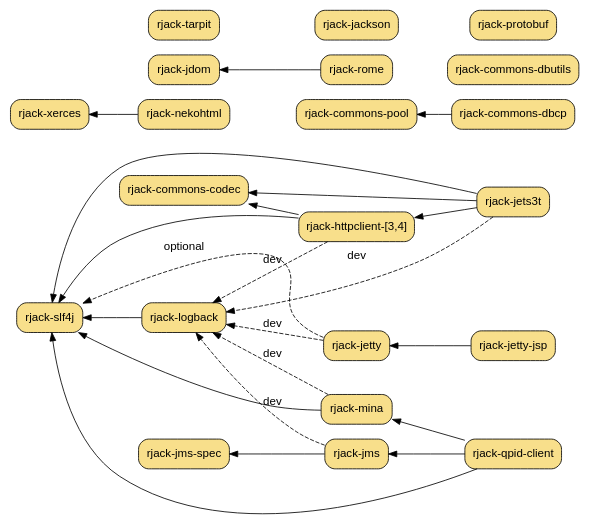
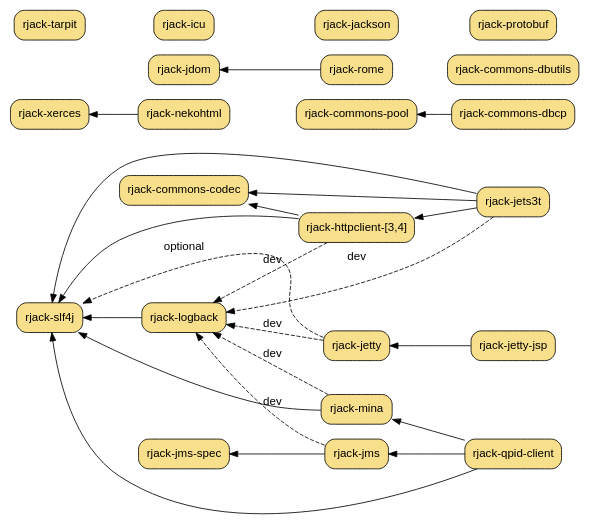
Before and after one commit to dekellum/rjack: the diagram in www/rjack.dot, drawn with Graphviz. The commit also changed 1 other file, not shown here.

Commit message:
www: Add icu

```diff
--- a/www/rjack.dot
+++ b/www/rjack.dot
@@ -1,75 +1,78 @@
 digraph "RJack Gem Dependency Graph" {
   bgcolor="transparent";
   rankdir=RL;
   size="6.0,6.0";
   node [ shape=box, style="filled,rounded", fillcolor="#f8df8b",
          fontname="Arial", margin="0.15,0.1" ];
   edge [ fontname="Arial" ];
 
   "rjack-jets3t"        [ target=_parent, URL="jets3t/" ];
   "rjack-nekohtml"      [ target=_parent, URL="nekohtml/", group=ml ];
   "rjack-rome"          [ target=_parent, URL="rome/", group=ml ];
   "rjack-jdom"          [ target=_parent, URL="jdom/", group=ml ];
   "rjack-xerces"        [ target=_parent, URL="xerces/", group=ml ];
 
   "rjack-httpclient"    [ target=_parent, URL="httpclient-3/",
                           shape=record, label="rjack-httpclient-[3,4]" ];
+
+  "rjack-icu"           [ target=_parent, URL="icu/" ];
 
   "rjack-jetty"         [ target=_parent, URL="jetty/" ];
   "rjack-jetty-jsp"     [ target=_parent, URL="jetty-jsp/" ];
 
   "rjack-slf4j"         [ target=_parent, URL="slf4j/", group=log ];
   "rjack-logback"       [ target=_parent, URL="logback/", group=log ];
 
   "rjack-commons-codec" [ target=_parent, URL="commons-codec/", group=commons ];
 
   "rjack-jms-spec"      [ target=_parent, URL="jms-spec/", group=net ];
   "rjack-jms"           [ target=_parent, URL="jms/", group=net ];
   "rjack-mina"          [ target=_parent, URL="mina/", group=net ];
   "rjack-qpid-client"   [ target=_parent, URL="qpid-client/", group=net ];
 
   "rjack-commons-dbcp"  [ target=_parent, URL="commons-dbcp/", group=commons ];
   "rjack-commons-dbutils" [ target=_parent, URL="commons-dbutils/", group=commons ];
 
   "rjack-commons-pool"  [ target=_parent, URL="commons-pool/", group=commons ];
   "rjack-protobuf"      [ target=_parent, URL="protobuf/" ];
 
   "rjack-tarpit"        [ target=_parent, URL="tarpit/" ];
   "rjack-jackson"       [ target=_parent, URL="jackson/" ];
 
   "rjack-jets3t"       -> "rjack-logback" [ style=dashed, label="dev" ];
   "rjack-jets3t"       -> "rjack-httpclient";
   "rjack-jets3t"       -> "rjack-commons-codec";
   "rjack-jets3t"       -> "rjack-slf4j";
   "rjack-rome"         -> "rjack-jdom"
   "rjack-nekohtml"     -> "rjack-xerces"
 
   "rjack-httpclient"   -> "rjack-commons-codec";
   "rjack-httpclient"   -> "rjack-logback" [ style=dashed, label="dev" ];
   "rjack-httpclient"   -> "rjack-slf4j";
 
   "rjack-jetty-jsp"    -> "rjack-jetty";
   "rjack-jetty"        -> "rjack-logback" [ style=dashed, label="dev" ];
   "rjack-jetty"        -> "rjack-slf4j"   [ style=dashed, label="optional" ];
 
   "rjack-logback"      -> "rjack-slf4j";
 
   "rjack-jms"          -> "rjack-jms-spec";
   "rjack-jms"          -> "rjack-logback" [ style=dashed, label="dev" ];
 
   "rjack-mina"         -> "rjack-slf4j";
   "rjack-mina"         -> "rjack-logback" [ style=dashed, label="dev" ];
 
   "rjack-qpid-client"  -> "rjack-mina";
   "rjack-qpid-client"  -> "rjack-jms";
   "rjack-qpid-client"  -> "rjack-slf4j";
 #  "rjack-qpid-client"  -> "rjack-logback" [ style=dashed, label="dev" ];
 
   "rjack-commons-dbcp" -> "rjack-commons-pool";
 
 # for fitting only
-  "rjack-jackson"         -> "rjack-tarpit"   [ style=invis ];
+  "rjack-jackson"         -> "rjack-icu"      [ style=invis ];
+  "rjack-icu"             -> "rjack-tarpit"   [ style=invis ];
   "rjack-protobuf"        -> "rjack-jackson"  [ style=invis ];
   "rjack-commons-pool"    -> "rjack-nekohtml" [ style=invis ];
   "rjack-commons-dbutils" -> "rjack-rome"     [ style=invis ];
 }
```
